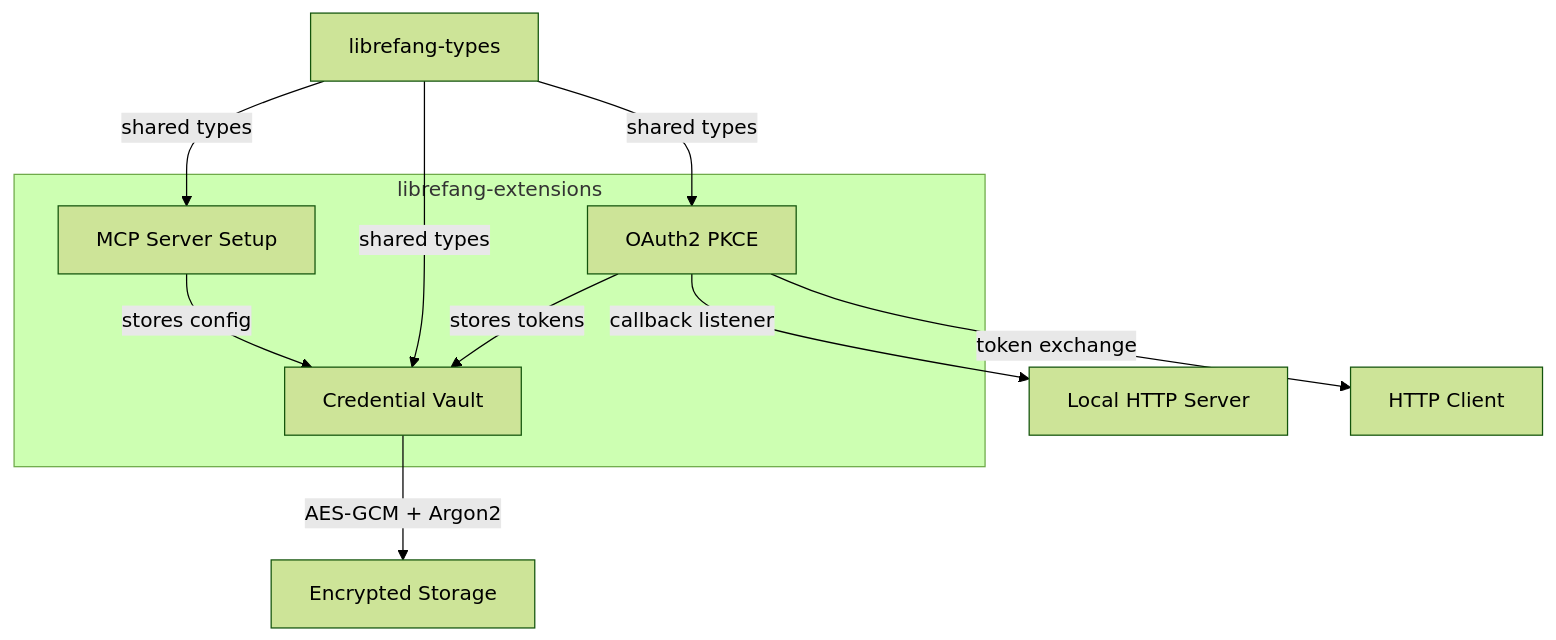
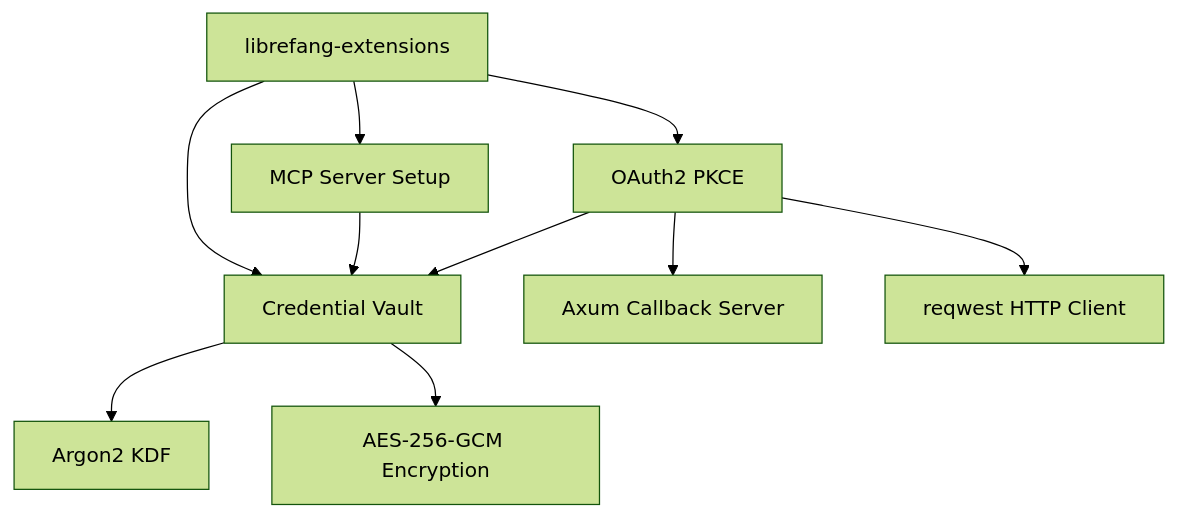
One commit to leszek3737/librefang-WIki changed the diagram in other-librefang-extensions.md. Above: the diagram before and after it, drawn with Mermaid (forest theme). The commit also changed other lines of this file and 98 other files, not shown here.

````diff
--- a/other-librefang-extensions.md
+++ b/other-librefang-extensions.md
@@ -9,18 +13,12 @@
 ```mermaid
 graph TD
-    subgraph "librefang-extensions"
-        MCPS[MCP Server Setup]
-        CV[Credential Vault]
-        OA[OAuth2 PKCE]
-    end
-
-    MCPS -->|stores config| CV
-    OA -->|stores tokens| CV
-    CV -->|AES-GCM + Argon2| ENC[Encrypted Storage]
-    OA -->|callback listener| AXUM[Local HTTP Server]
-    OA -->|token exchange| REQ[HTTP Client]
-
-    LT[librefang-types] -->|shared types| MCPS
-    LT -->|shared types| CV
-    LT -->|shared types| OA
+    A[librefang-extensions] --> B[MCP Server Setup]
+    A --> C[Credential Vault]
+    A --> D[OAuth2 PKCE]
+    C --> E[Argon2 KDF]
+    C --> F[AES-256-GCM Encryption]
+    D --> G[Axum Callback Server]
+    D --> H[reqwest HTTP Client]
+    B --> C
+    D --> C
 ```
````
